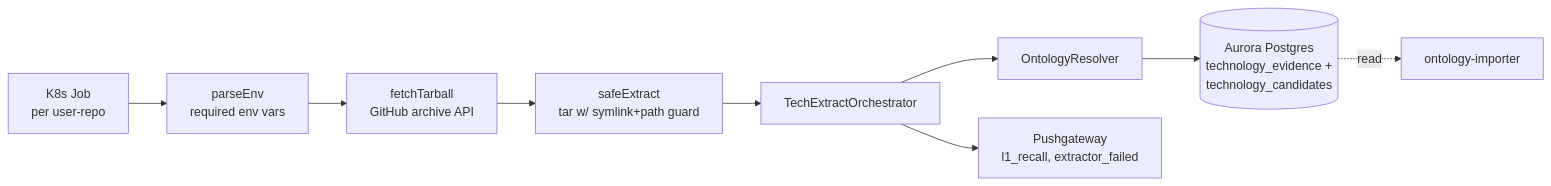
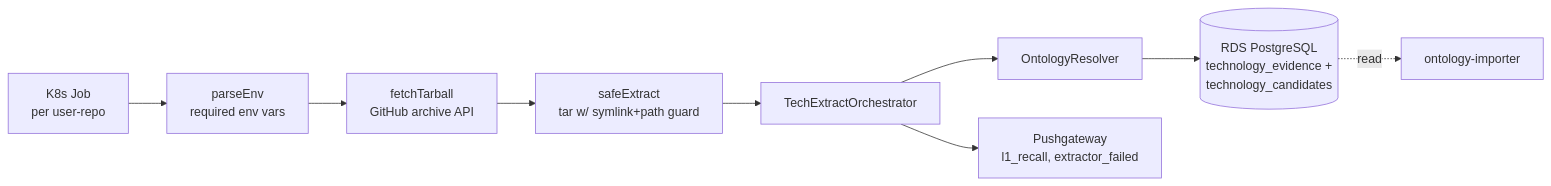
The diagram in docs/projects/tech-extractor.md (Nelson-Lamounier/ai-applications), drawn with Mermaid before and after one commit. The commit also changed other lines of this file and 15 other files, not shown here.

````diff
--- a/docs/projects/tech-extractor.md
+++ b/docs/projects/tech-extractor.md
@@ -30,11 +30,11 @@
 ```mermaid
 flowchart LR
     Trigger[K8s Job<br/>per user-repo] --> Env[parseEnv<br/>required env vars]
     Env --> Fetch[fetchTarball<br/>GitHub archive API]
     Fetch --> Extract[safeExtract<br/>tar w/ symlink+path guard]
     Extract --> Orch[TechExtractOrchestrator]
     Orch --> Resolver[OntologyResolver]
-    Resolver --> PG[(Aurora Postgres<br/>technology_evidence +<br/>technology_candidates)]
+    Resolver --> PG[(RDS PostgreSQL<br/>technology_evidence +<br/>technology_candidates)]
     Orch --> Metrics[Pushgateway<br/>l1_recall, extractor_failed]
     PG -.->|read| Importer[ontology-importer]
 ```
````
